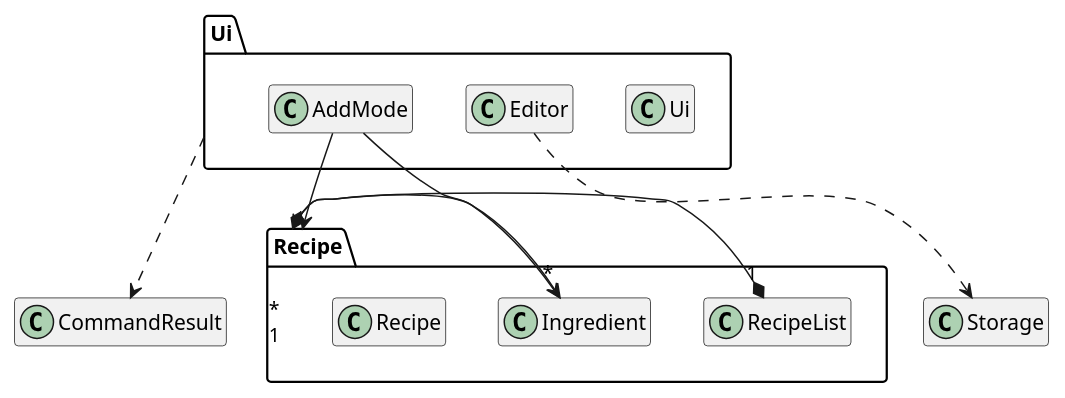
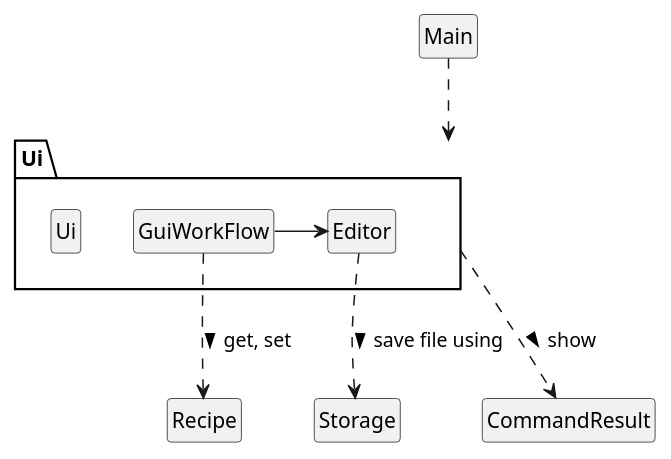
The diagram in docs/diagrams/UiClassDiagram.puml (nus-cs2113-AY2223S1/tp), drawn with PlantUML before and after one commit. The commit also changed 22 other files, not shown here.

```diff
--- a/docs/diagrams/UiClassDiagram.puml
+++ b/docs/diagrams/UiClassDiagram.puml
@@ -1,27 +1,22 @@
 @startuml
+skinparam Style strictuml
 hide class fields
 hide class methods
 
-package Recipe {
-class RecipeList
 class Recipe
-class Ingredient
-}
 
 package Ui {
 class Ui
-class AddMode
 class Editor
+class GuiWorkFlow
 }
 
 class Storage
-
-Ui ..> CommandResult
-
-AddMode --> Recipe
-AddMode --> Ingredient
-RecipeList "1" *-right-> "*" Recipe
-Recipe "1" *-right-> "*" Ingredient
-Editor .down-> Storage
+class Main
+Main .-> Ui
+Ui ..> CommandResult: show >
+GuiWorkFlow -> Editor
+GuiWorkFlow .-> Recipe: get, set >
+Editor .down-> Storage: save file using >
 
 @enduml
```
